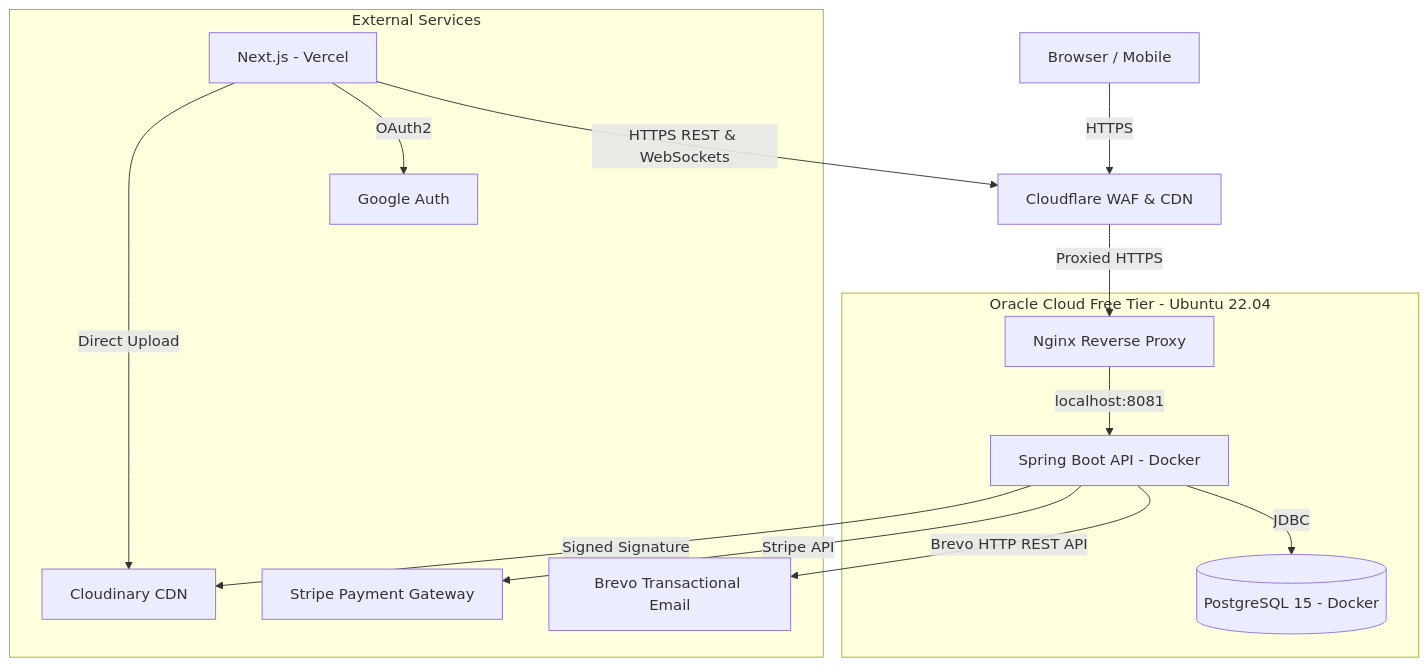
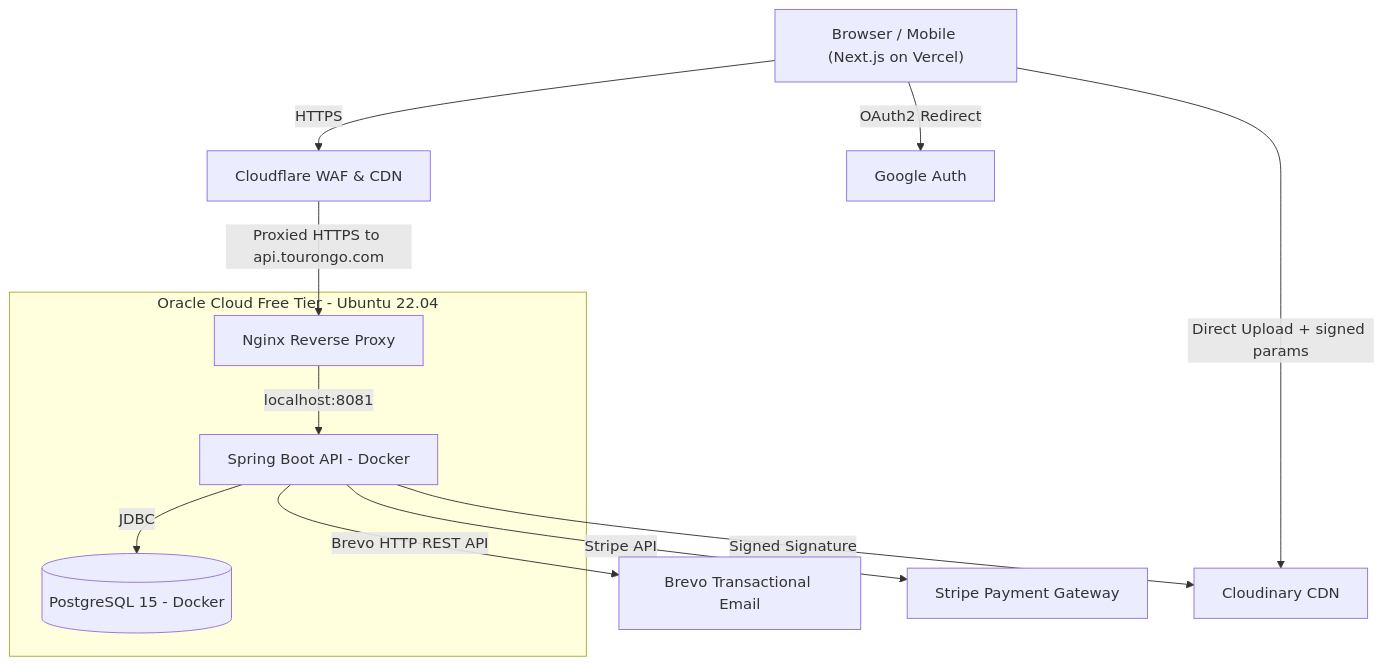
One commit to momaarouf/Graduation-Project changed the first of 6 diagrams in docs/ARCHITECTURE.md. Above: the diagram before and after it, drawn with Mermaid. The commit also changed other lines of this file and 1 other file, not shown here.

First line of the commit message:
docs: refine architecture diagrams and concurrency flow

````diff
--- a/docs/ARCHITECTURE.md
+++ b/docs/ARCHITECTURE.md
@@ -9,22 +9,19 @@
 ```mermaid
 graph TD
-    User[Browser / Mobile] -->|HTTPS| CF[Cloudflare WAF & CDN]
-    CF -->|Proxied HTTPS| Nginx[Nginx Reverse Proxy]
-    Nginx -->|localhost:8081| API[Spring Boot API - Docker]
-    API -->|JDBC| DB[(PostgreSQL 15 - Docker)]
-    Client[Next.js - Vercel] -->|HTTPS REST & WebSockets| CF
+    User["Browser / Mobile (Next.js on Vercel)"] -->|HTTPS| CF["Cloudflare WAF & CDN"]
+    CF -->|"Proxied HTTPS to api.tourongo.com"| Nginx[Nginx Reverse Proxy]
+    Nginx -->|localhost:8081| API["Spring Boot API - Docker"]
+    API -->|JDBC| DB[("PostgreSQL 15 - Docker")]
 
-    subgraph "Oracle Cloud Free Tier - Ubuntu 22.04"
+    subgraph Oracle["Oracle Cloud Free Tier - Ubuntu 22.04"]
         Nginx
         API
         DB
     end
 
-    subgraph "External Services"
-        API -->|Brevo HTTP REST API| Brevo[Brevo Transactional Email]
-        API -->|Stripe API| Stripe[Stripe Payment Gateway]
-        Client -->|OAuth2| Google[Google Auth]
-        Client -->|Direct Upload| Cloudinary[Cloudinary CDN]
-        API -->|Signed Signature| Cloudinary
-    end
+    API -->|Brevo HTTP REST API| Brevo[Brevo Transactional Email]
+    API -->|Stripe API| Stripe[Stripe Payment Gateway]
+    API -->|Signed Signature| Cloudinary["Cloudinary CDN"]
+    User -->|OAuth2 Redirect| Google[Google Auth]
+    User -->|Direct Upload + signed params| Cloudinary
 ```
````
